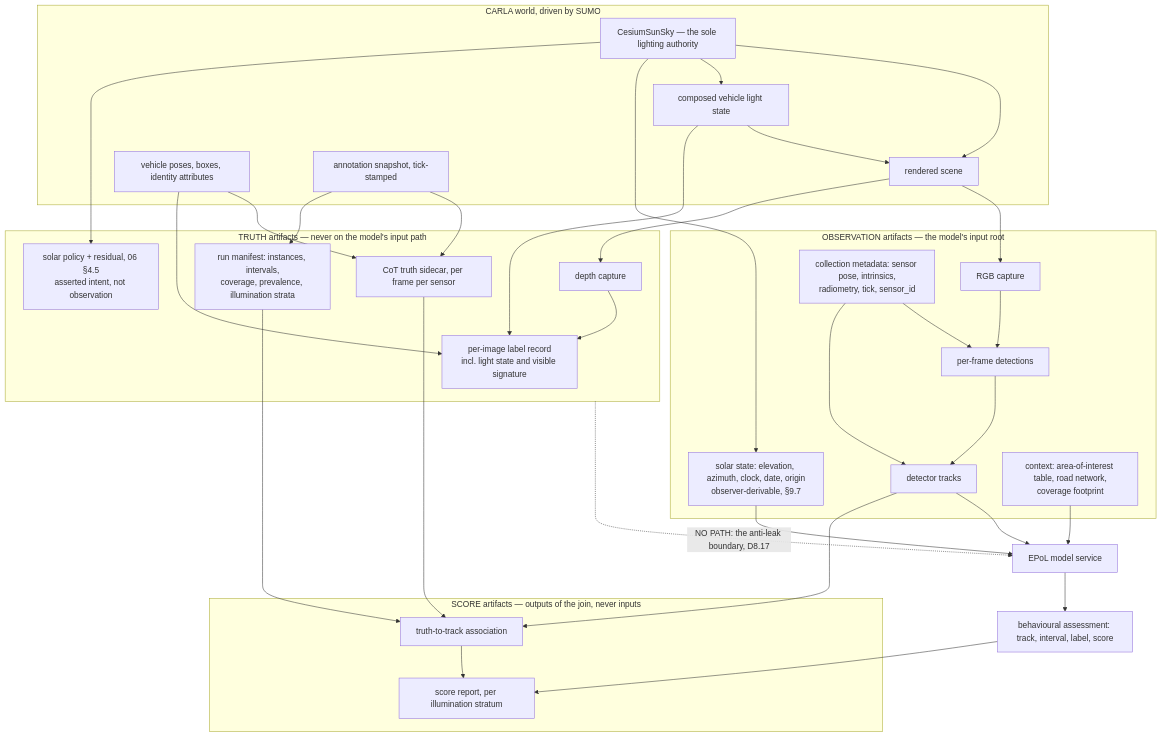
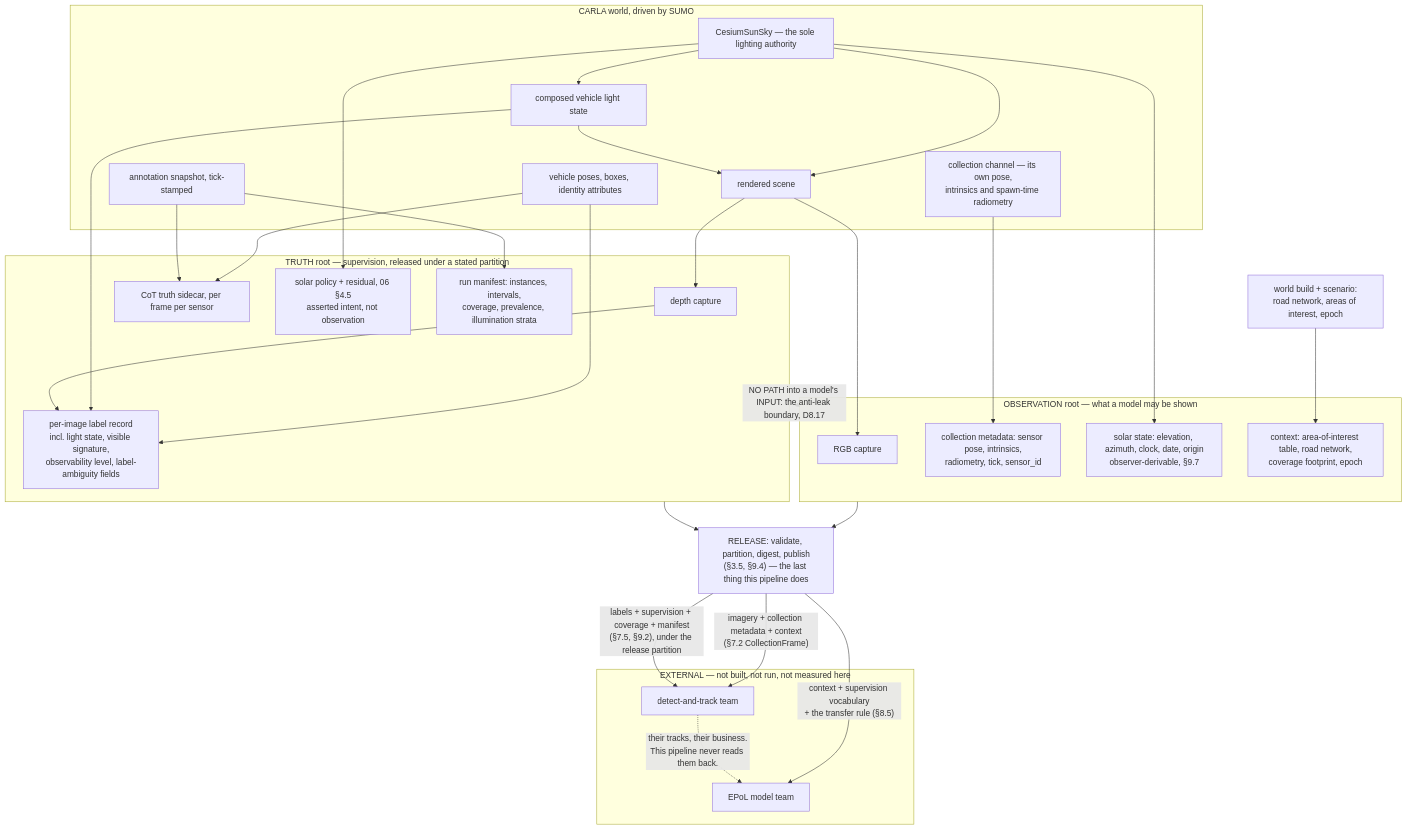
The first of 6 diagrams in Docs/CAT_Research/Plans/SUMO_Behavioral_Capture/08_Collection_And_EPoL.md (sbrett9/carla), drawn with Mermaid before and after one commit. The commit also changed other lines of this file and 10 other files, not shown here.

````diff
--- a/Docs/CAT_Research/Plans/SUMO_Behavioral_Capture/08_Collection_And_EPoL.md
+++ b/Docs/CAT_Research/Plans/SUMO_Behavioral_Capture/08_Collection_And_EPoL.md
@@ -106,64 +129,60 @@
 ```mermaid
 flowchart TB
     subgraph WORLD["CARLA world, driven by SUMO"]
         SUN["CesiumSunSky — the sole lighting authority"]
         LAMP["composed vehicle light state"]
         PH["rendered scene"]
         VEH["vehicle poses, boxes, identity attributes"]
         ANN["annotation snapshot, tick-stamped"]
+        RIG["collection channel — its own pose,<br/>intrinsics and spawn-time radiometry"]
     end
 
-    subgraph OBS["OBSERVATION artifacts — the model's input root"]
+    MAP["world build + scenario:<br/>road network, areas of interest, epoch"]
+
+    subgraph OBS["OBSERVATION root — what a model may be shown"]
         RGB["RGB capture"]
         MET["collection metadata: sensor pose, intrinsics,<br/>radiometry, tick, sensor_id"]
         SOL["solar state: elevation, azimuth, clock, date, origin<br/>observer-derivable, §9.7"]
-        DET["per-frame detections"]
-        TRK["detector tracks"]
-        CTX["context: area-of-interest table, road network,<br/>coverage footprint"]
+        CTX["context: area-of-interest table, road network,<br/>coverage footprint, epoch"]
     end
 
-    subgraph TRUTHART["TRUTH artifacts — never on the model's input path"]
+    subgraph TRUTHART["TRUTH root — supervision, released under a stated partition"]
         DEPTH["depth capture"]
         SIDE["CoT truth sidecar, per frame per sensor"]
-        LBL["per-image label record<br/>incl. light state and visible signature"]
+        LBL["per-image label record<br/>incl. light state, visible signature,<br/>observability level, label-ambiguity fields"]
         POL["solar policy + residual, 06 §4.5<br/>asserted intent, not observation"]
         MAN["run manifest: instances, intervals,<br/>coverage, prevalence, illumination strata"]
     end
 
-    subgraph SCOREART["SCORE artifacts — outputs of the join, never inputs"]
-        ASSOC["truth-to-track association"]
-        RPT["score report, per illumination stratum"]
+    REL["RELEASE: validate, partition, digest, publish<br/>(§3.5, §9.4) — the last thing this pipeline does"]
+
+    subgraph EXT["EXTERNAL — not built, not run, not measured here"]
+        DT["detect-and-track team"]
+        EPOL["EPoL model team"]
     end
-
-    EPOL["EPoL model service"]
-    ASSESS["behavioural assessment: track, interval, label, score"]
 
     SUN --> PH
     SUN --> LAMP
     LAMP --> PH
     PH --> RGB
     PH --> DEPTH
     SUN --> SOL
     SUN --> POL
+    RIG --> MET
+    MAP --> CTX
     VEH --> SIDE
     VEH --> LBL
     LAMP --> LBL
     ANN --> SIDE
     ANN --> MAN
     DEPTH --> LBL
-    RGB --> DET
-    MET --> DET
-    DET --> TRK
-    MET --> TRK
-    TRK --> EPOL
-    CTX --> EPOL
-    SOL --> EPOL
-    EPOL --> ASSESS
-    TRK --> ASSOC
-    SIDE --> ASSOC
-    MAN --> ASSOC
-    ASSOC --> RPT
-    ASSESS --> RPT
 
-    TRUTHART -.->|"NO PATH: the anti-leak boundary, D8.17"| EPOL
+    OBS --> REL
+    TRUTHART --> REL
+    REL -->|"imagery + collection metadata + context<br/>(§7.2 CollectionFrame)"| DT
+    REL -->|"labels + supervision + coverage + manifest<br/>(§7.5, §9.2), under the release partition"| DT
+    REL -->|"context + supervision vocabulary<br/>+ the transfer rule (§8.5)"| EPOL
+    DT -.->|"their tracks, their business.<br/>This pipeline never reads them back."| EPOL
+
+    TRUTHART -.->|"NO PATH into a model's INPUT: the anti-leak boundary, D8.17"| OBS
 ```
````
